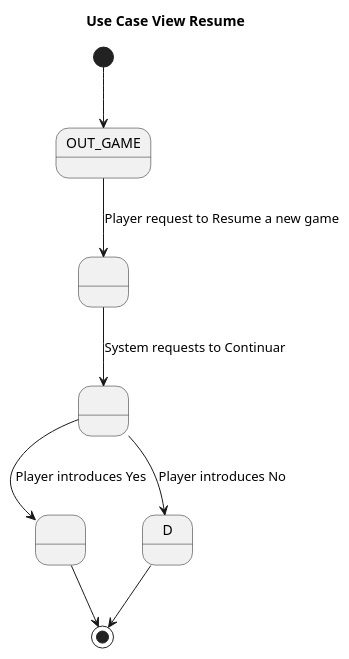
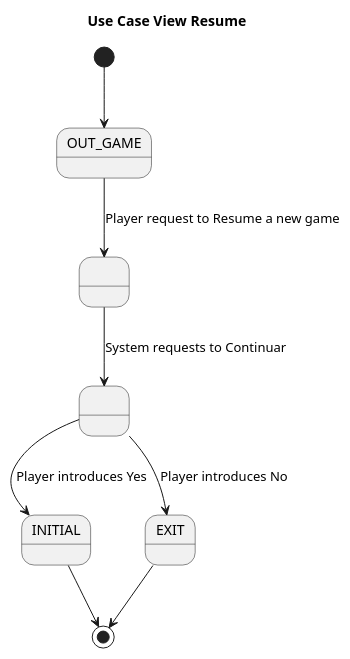
Before and after one commit to franpaulinoinfante/MasterSoftwareDevelopment: the diagram in src/Mastermind/DocumentView/Basic/Docs/UseCaseResumeView.plantuml, drawn with PlantUML. The commit also changed 1 other file, not shown here.

```diff
--- a/src/Mastermind/DocumentView/Basic/Docs/UseCaseResumeView.plantuml
+++ b/src/Mastermind/DocumentView/Basic/Docs/UseCaseResumeView.plantuml
@@ -1,23 +1,23 @@
 @startuml UseCaseViewResume
 title Use Case View Resume
  
 state OUT_GAME
 state A as " "
 state B as " "
-state B as " "
-state C as " "
+state INITIAL
+state EXIT
 
 [*] --> OUT_GAME
 OUT_GAME --> A : Player request to Resume a new game
 A --> B : System requests to Continuar
-B --> C : Player introduces Yes
-C --> [*]
-B --> D : Player introduces No
-D--> [*]
+B --> INITIAL : Player introduces Yes
+INITIAL --> [*]
+B --> EXIT : Player introduces No
+EXIT--> [*]
 
 
 
 
 
 
 @enduml
```
